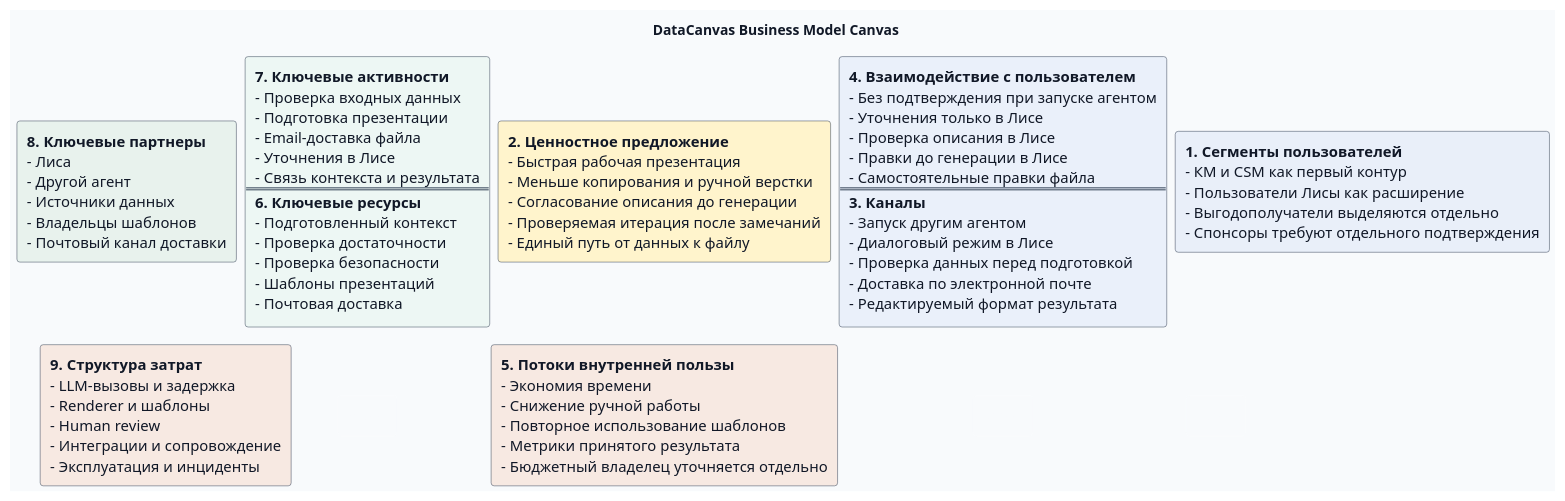
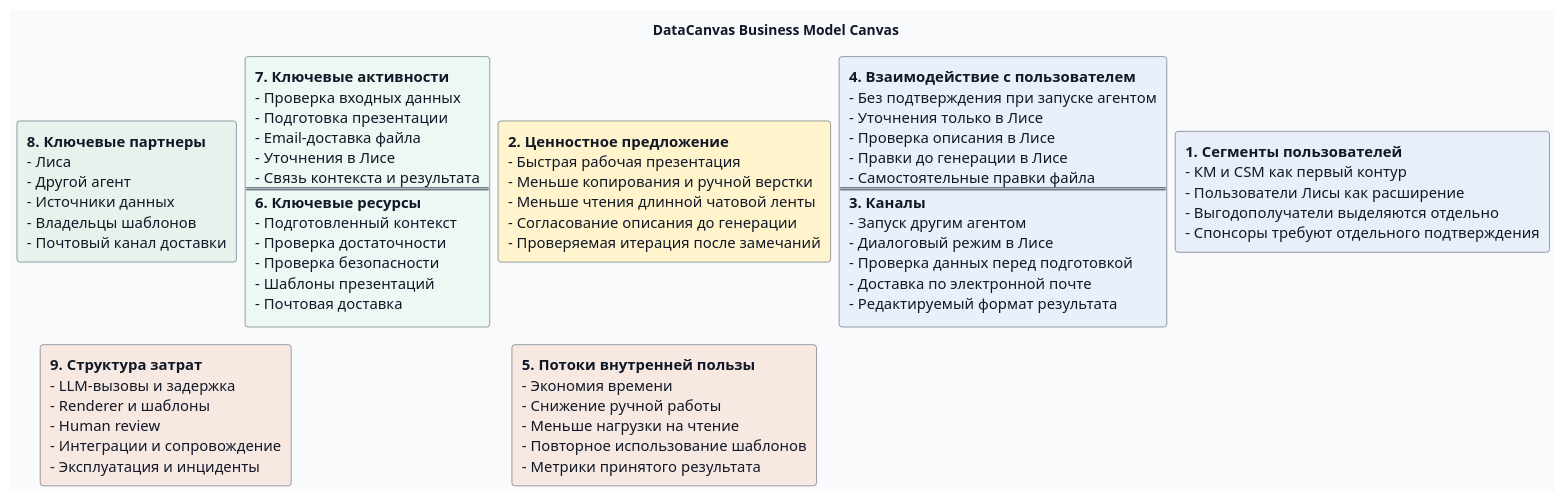
The diagram in docs/product/bmc/source/derived/datacanvas-bmc.puml (RussianLioN/datacanvas), drawn with PlantUML before and after one commit. The commit also changed 24 other files, not shown here.

```diff
--- a/docs/product/bmc/source/derived/datacanvas-bmc.puml
+++ b/docs/product/bmc/source/derived/datacanvas-bmc.puml
@@ -1,44 +1,44 @@
 @startuml
 ' generated by scripts/generate-bmc-artifacts.mjs; do not edit by hand.
 title DataCanvas Business Model Canvas
 top to bottom direction
 skinparam backgroundColor #F8FAFC
 skinparam nodesep 8
 skinparam ranksep 18
 skinparam defaultFontName "Noto Sans"
 skinparam defaultFontColor #111827
 skinparam defaultFontSize 15
 skinparam rectangle {
   RoundCorner 6
   Shadowing false
   BorderColor #334155
 }
 skinparam rectangle<<gap>> {
   BorderColor #F8FAFC
   BackgroundColor #F8FAFC
   FontColor #F8FAFC
 }
 rectangle "<b>8. Ключевые партнеры</b>\n- Лиса\n- Другой агент\n- Источники данных\n- Владельцы шаблонов\n- Почтовый канал доставки" as B8 #E8F2ED
 rectangle "<b>7. Ключевые активности</b>\n- Проверка входных данных\n- Подготовка презентации\n- Email-доставка файла\n- Уточнения в Лисе\n- Связь контекста и результата\n==\n<b>6. Ключевые ресурсы</b>\n- Подготовленный контекст\n- Проверка достаточности\n- Проверка безопасности\n- Шаблоны презентаций\n- Почтовая доставка" as B76 #EDF7F4
-rectangle "<b>2. Ценностное предложение</b>\n- Быстрая рабочая презентация\n- Меньше копирования и ручной верстки\n- Согласование описания до генерации\n- Проверяемая итерация после замечаний\n- Единый путь от данных к файлу" as B2 #FFF4CC
+rectangle "<b>2. Ценностное предложение</b>\n- Быстрая рабочая презентация\n- Меньше копирования и ручной верстки\n- Меньше чтения длинной чатовой ленты\n- Согласование описания до генерации\n- Проверяемая итерация после замечаний" as B2 #FFF4CC
 rectangle "<b>4. Взаимодействие с пользователем</b>\n- Без подтверждения при запуске агентом\n- Уточнения только в Лисе\n- Проверка описания в Лисе\n- Правки до генерации в Лисе\n- Самостоятельные правки файла\n==\n<b>3. Каналы</b>\n- Запуск другим агентом\n- Диалоговый режим в Лисе\n- Проверка данных перед подготовкой\n- Доставка по электронной почте\n- Редактируемый формат результата" as B43 #EAF0FA
 rectangle "<b>1. Сегменты пользователей</b>\n- КМ и CSM как первый контур\n- Пользователи Лисы как расширение\n- Выгодополучатели выделяются отдельно\n- Спонсоры требуют отдельного подтверждения" as B1 #E9EFF9
 rectangle "<b>9. Структура затрат</b>\n- LLM-вызовы и задержка\n- Renderer и шаблоны\n- Human review\n- Интеграции и сопровождение\n- Эксплуатация и инциденты" as B9 #F7E9E2
 rectangle " " as E1 <<gap>>
-rectangle "<b>5. Потоки внутренней пользы</b>\n- Экономия времени\n- Снижение ручной работы\n- Повторное использование шаблонов\n- Метрики принятого результата\n- Бюджетный владелец уточняется отдельно" as B5 #F7E9E2
+rectangle "<b>5. Потоки внутренней пользы</b>\n- Экономия времени\n- Снижение ручной работы\n- Меньше нагрузки на чтение\n- Повторное использование шаблонов\n- Метрики принятого результата" as B5 #F7E9E2
 rectangle " " as E2 <<gap>>
 rectangle " " as E3 <<gap>>
 B8 -[hidden]right- B76
 B76 -[hidden]right- B2
 B2 -[hidden]right- B43
 B43 -[hidden]right- B1
 B8 -[hidden]down- B9
 B76 -[hidden]down- E1
 B2 -[hidden]down- B5
 B43 -[hidden]down- E2
 B1 -[hidden]down- E3
 B9 -[hidden]right- E1
 E1 -[hidden]right- B5
 B5 -[hidden]right- E2
 E2 -[hidden]right- E3
 @enduml
```
